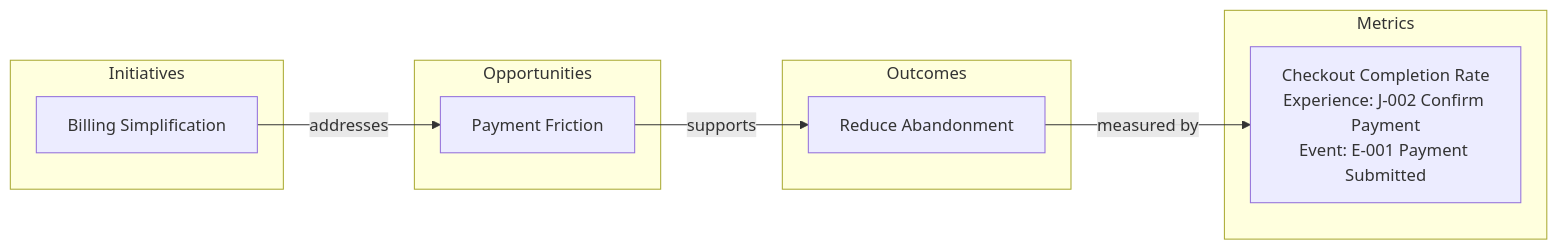
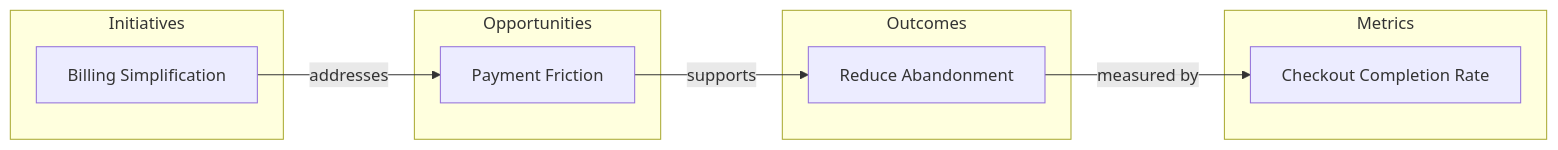
Before and after one commit to knutopia/Structured-Design-Documents: the diagram in examples/rendered/v0.1/outcome_opportunity_map_diagram_type/outcome_to_ia_trace_example/simple_profile/outcome_to_ia_trace.outcome_opportunity_map.mmd, drawn with Mermaid. The commit also changed 42 other files, not shown here.

```diff
--- a/examples/rendered/v0.1/outcome_opportunity_map_diagram_type/outcome_to_ia_trace_example/simple_profile/outcome_to_ia_trace.outcome_opportunity_map.mmd
+++ b/examples/rendered/v0.1/outcome_opportunity_map_diagram_type/outcome_to_ia_trace_example/simple_profile/outcome_to_ia_trace.outcome_opportunity_map.mmd
@@ -1,16 +1,16 @@
 flowchart LR
   subgraph n_initiative["Initiatives"]
     n_I_001["Billing Simplification"]
   end
   subgraph n_opportunity["Opportunities"]
     n_OP_001["Payment Friction"]
   end
   subgraph n_outcome["Outcomes"]
     n_O_001["Reduce Abandonment"]
   end
   subgraph n_metric["Metrics"]
-    n_M_001["Checkout Completion Rate<br/>Experience: J-002 Confirm Payment<br/>Event: E-001 Payment Submitted"]
+    n_M_001["Checkout Completion Rate"]
   end
   n_I_001 -->|addresses| n_OP_001
   n_O_001 -->|measured by| n_M_001
   n_OP_001 -->|supports| n_O_001
```
